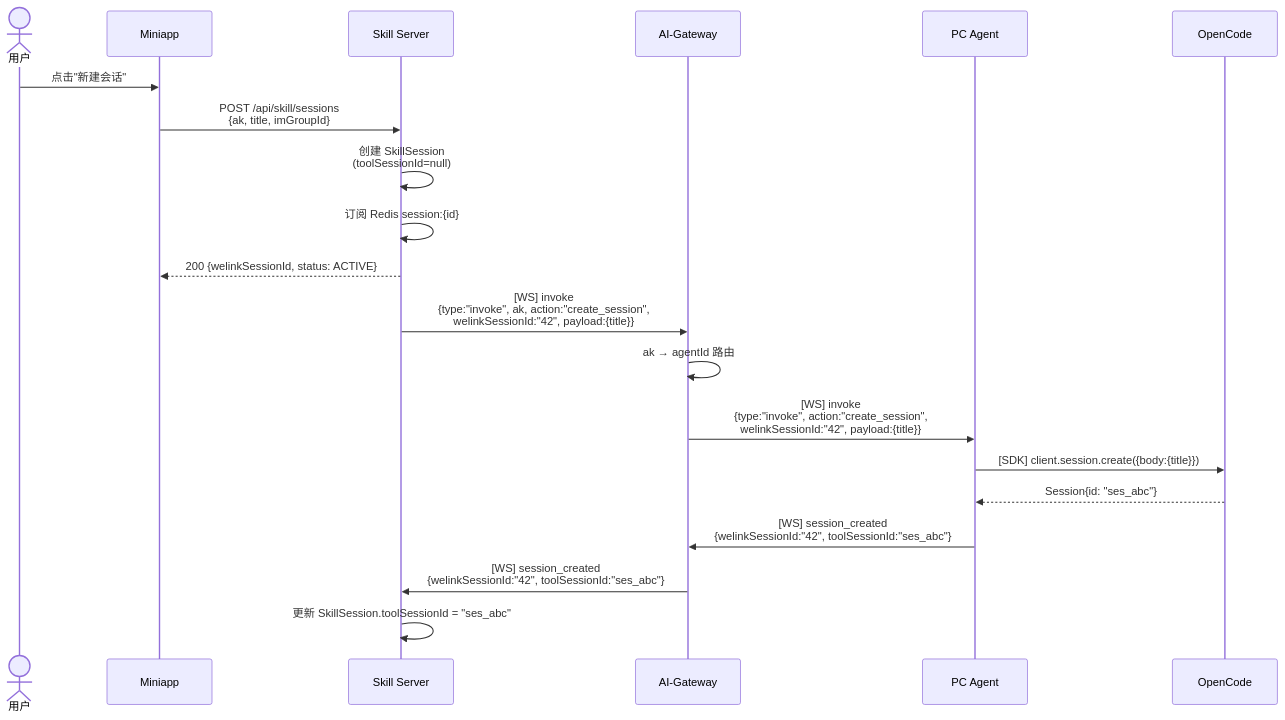
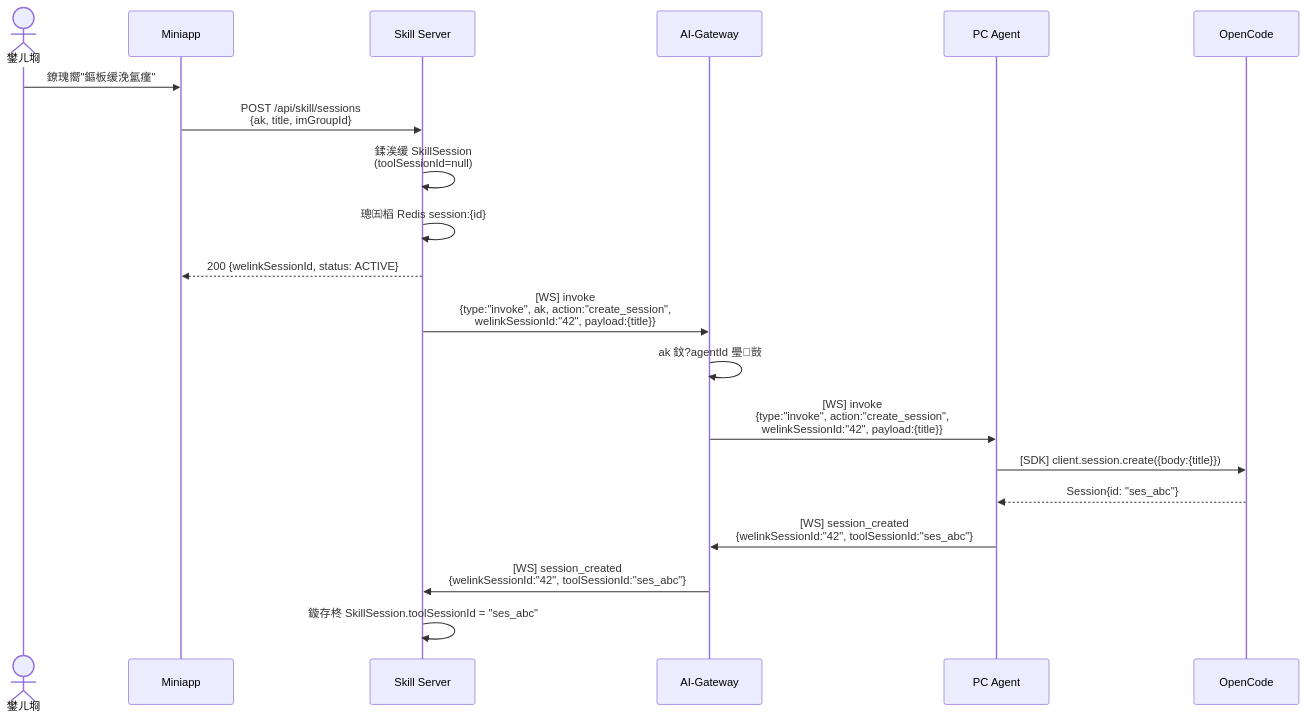
Before and after one commit to Llllviaaaa/opencode-CUI: the second of 10 diagrams in documents/protocol/00-protocol-overview.md, drawn with Mermaid. The commit also changed other lines of this file and 9 other files, not shown here.

````diff
--- a/documents/protocol/00-protocol-overview.md
+++ b/documents/protocol/00-protocol-overview.md
@@ -61,25 +61,25 @@
 ```mermaid
 sequenceDiagram
-    actor User as 用户
+    actor User as 鐢ㄦ埛
     participant MA as Miniapp
     participant SS as Skill Server
     participant GW as AI-Gateway
     participant PA as PC Agent
     participant OC as OpenCode
 
-    User->>MA: 点击"新建会话"
+    User->>MA: 鐐瑰嚮"鏂板缓浼氳瘽"
     MA->>SS: POST /api/skill/sessions<br/>{ak, title, imGroupId}
-    SS->>SS: 创建 SkillSession<br/>(toolSessionId=null)
-    SS->>SS: 订阅 Redis session:{id}
+    SS->>SS: 鍒涘缓 SkillSession<br/>(toolSessionId=null)
+    SS->>SS: 璁㈤槄 Redis session:{id}
     SS-->>MA: 200 {welinkSessionId, status: ACTIVE}
 
     SS->>GW: [WS] invoke<br/>{type:"invoke", ak, action:"create_session",<br/>welinkSessionId:"42", payload:{title}}
-    GW->>GW: ak → agentId 路由
+    GW->>GW: ak 鈫?agentId 璺敱
     GW->>PA: [WS] invoke<br/>{type:"invoke", action:"create_session",<br/>welinkSessionId:"42", payload:{title}}
 
     PA->>OC: [SDK] client.session.create({body:{title}})
     OC-->>PA: Session{id: "ses_abc"}
     PA->>GW: [WS] session_created<br/>{welinkSessionId:"42", toolSessionId:"ses_abc"}
     GW->>SS: [WS] session_created<br/>{welinkSessionId:"42", toolSessionId:"ses_abc"}
-    SS->>SS: 更新 SkillSession.toolSessionId = "ses_abc"
+    SS->>SS: 鏇存柊 SkillSession.toolSessionId = "ses_abc"
 ```
````
